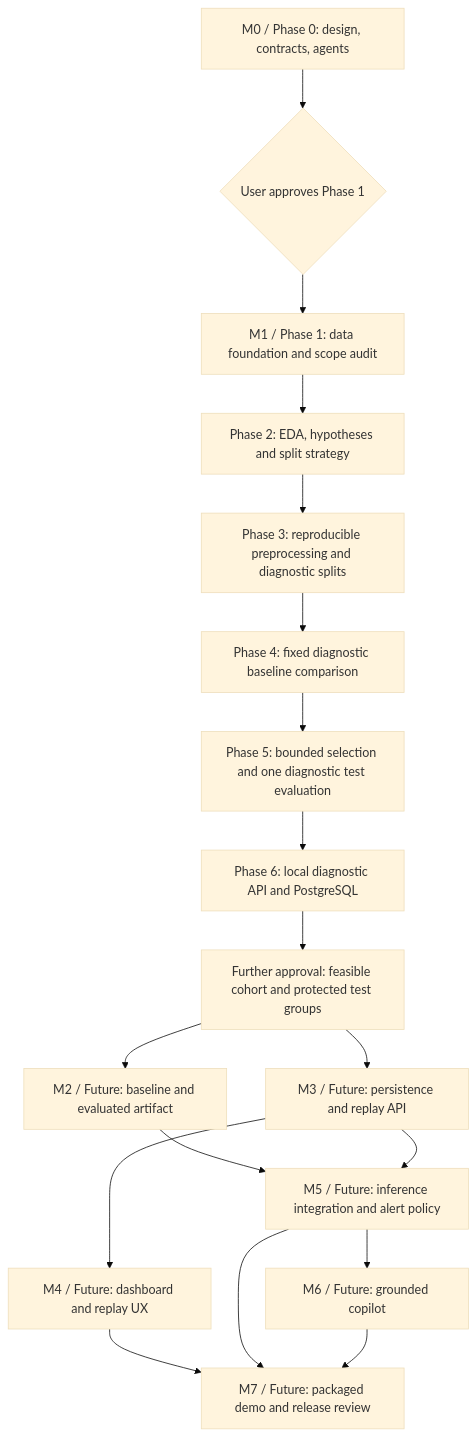
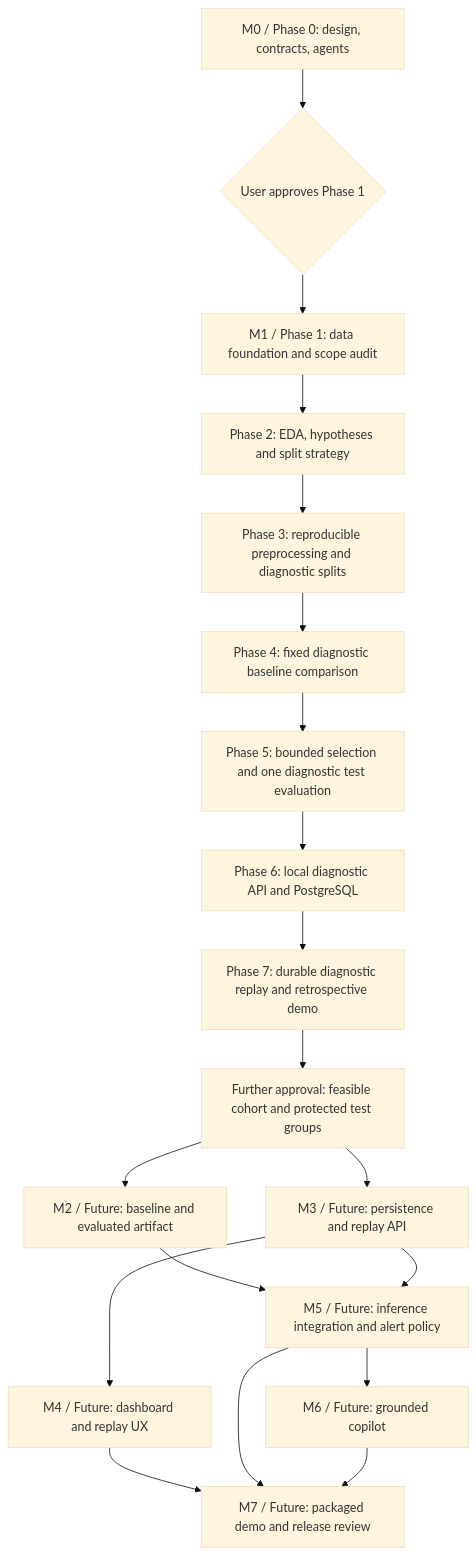
One commit to MereyIssenbay/oilwell-ai changed the diagram in docs/ROADMAP.md. Above: the diagram before and after it, drawn with Mermaid (base theme). The commit also changed other lines of this file and 35 other files, not shown here.

````diff
--- a/docs/ROADMAP.md
+++ b/docs/ROADMAP.md
@@ -17,20 +17,21 @@
 ```mermaid
 flowchart TD
     M0["M0 / Phase 0: design, contracts, agents"] --> G1{"User approves Phase 1"}
     G1 --> M1["M1 / Phase 1: data foundation and scope audit"]
     M1 --> E2["Phase 2: EDA, hypotheses and split strategy"]
     E2 --> P3["Phase 3: reproducible preprocessing and diagnostic splits"]
     P3 --> B4["Phase 4: fixed diagnostic baseline comparison"]
     B4 --> E5["Phase 5: bounded selection and one diagnostic test evaluation"]
     E5 --> B6["Phase 6: local diagnostic API and PostgreSQL"]
-    B6 --> COHORT["Further approval: feasible cohort and protected test groups"]
+    B6 --> R7["Phase 7: durable diagnostic replay and retrospective demo"]
+    R7 --> COHORT["Further approval: feasible cohort and protected test groups"]
     COHORT --> M2["M2 / Future: baseline and evaluated artifact"]
     COHORT --> M3["M3 / Future: persistence and replay API"]
     M3 --> M4["M4 / Future: dashboard and replay UX"]
     M2 --> M5["M5 / Future: inference integration and alert policy"]
     M3 --> M5
     M5 --> M6["M6 / Future: grounded copilot"]
     M4 --> M7["M7 / Future: packaged demo and release review"]
     M5 --> M7
     M6 --> M7
 ```
````
